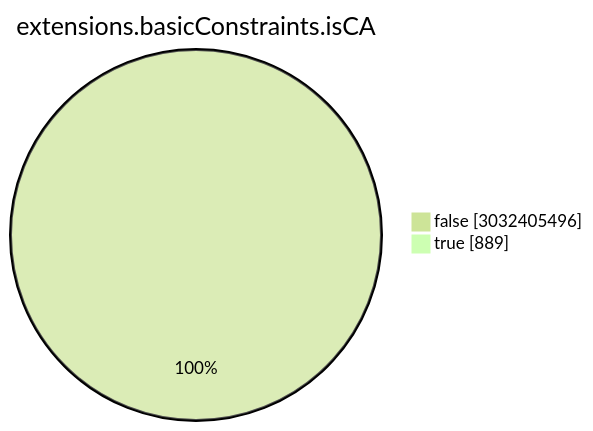
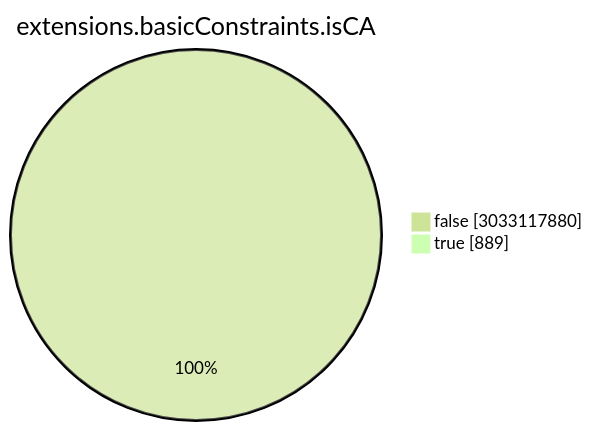
One commit to christiankrug/ctmonitor_visualization changed the seventh of 15 diagrams in TOTAL/README.md. Above: the diagram before and after it, drawn with Mermaid (forest theme). The commit also changed other lines of this file, not shown here.

````diff
--- a/TOTAL/README.md
+++ b/TOTAL/README.md
@@ -3088,6 +3088,6 @@
 ```mermaid
 pie showData
 title extensions.basicConstraints.isCA
-"false" :3032405496
+"false" :3033117880
 "true" :889
 ```
````
